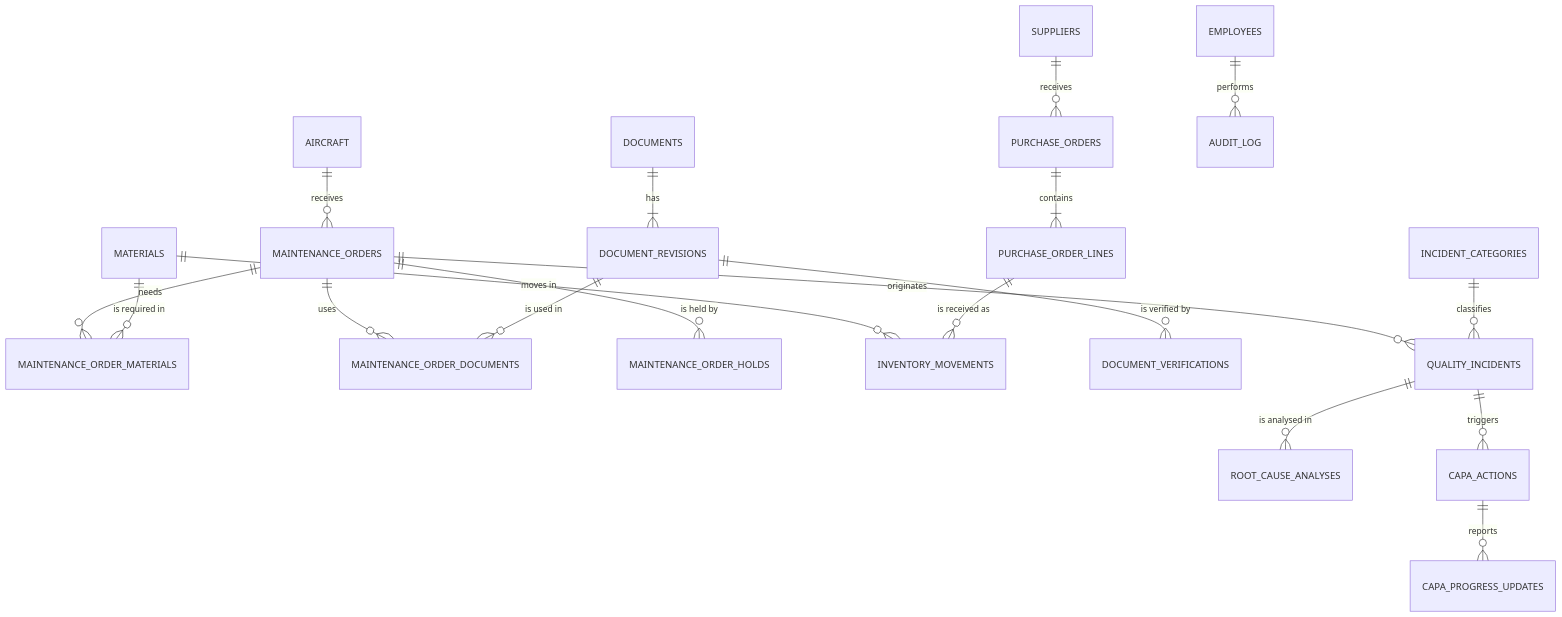
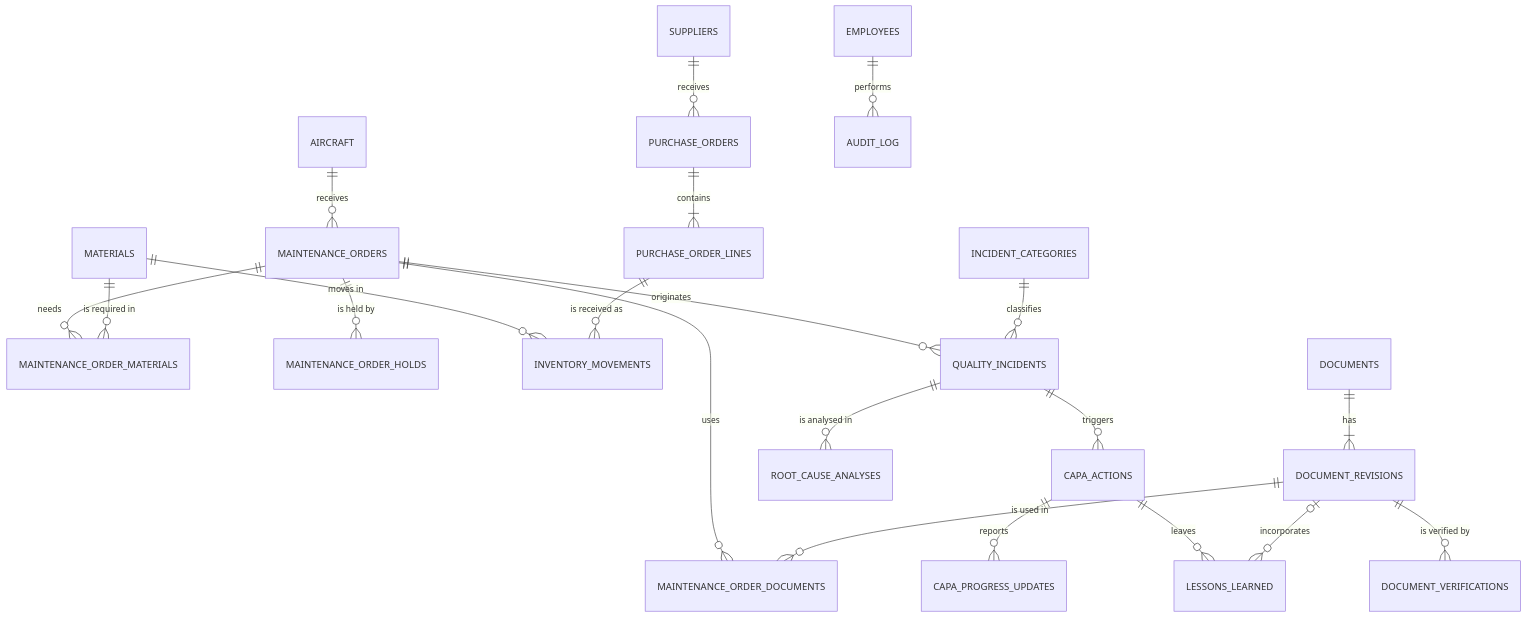
Before and after one commit to DeLabFuente/aviation-quality-maintenance-intelligence: the second of 3 diagrams in README.md, drawn with Mermaid. The commit also changed other lines of this file and 11 other files, not shown here.

First line of the commit message:
Document the lessons-learned register and extend the case study

````diff
--- a/README.md
+++ b/README.md
@@ -109,21 +110,23 @@
 ```mermaid
 erDiagram
     AIRCRAFT ||--o{ MAINTENANCE_ORDERS : "receives"
     MAINTENANCE_ORDERS ||--o{ MAINTENANCE_ORDER_MATERIALS : "needs"
     MAINTENANCE_ORDERS ||--o{ MAINTENANCE_ORDER_DOCUMENTS : "uses"
     MAINTENANCE_ORDERS ||--o{ MAINTENANCE_ORDER_HOLDS : "is held by"
     MATERIALS ||--o{ MAINTENANCE_ORDER_MATERIALS : "is required in"
     MATERIALS ||--o{ INVENTORY_MOVEMENTS : "moves in"
     SUPPLIERS ||--o{ PURCHASE_ORDERS : "receives"
     PURCHASE_ORDERS ||--|{ PURCHASE_ORDER_LINES : "contains"
     PURCHASE_ORDER_LINES ||--o{ INVENTORY_MOVEMENTS : "is received as"
     DOCUMENTS ||--|{ DOCUMENT_REVISIONS : "has"
     DOCUMENT_REVISIONS ||--o{ DOCUMENT_VERIFICATIONS : "is verified by"
     DOCUMENT_REVISIONS ||--o{ MAINTENANCE_ORDER_DOCUMENTS : "is used in"
     MAINTENANCE_ORDERS ||--o{ QUALITY_INCIDENTS : "originates"
     INCIDENT_CATEGORIES ||--o{ QUALITY_INCIDENTS : "classifies"
     QUALITY_INCIDENTS ||--o{ ROOT_CAUSE_ANALYSES : "is analysed in"
     QUALITY_INCIDENTS ||--o{ CAPA_ACTIONS : "triggers"
     CAPA_ACTIONS ||--o{ CAPA_PROGRESS_UPDATES : "reports"
+    CAPA_ACTIONS ||--o{ LESSONS_LEARNED : "leaves"
+    DOCUMENT_REVISIONS |o--o{ LESSONS_LEARNED : "incorporates"
     EMPLOYEES ||--o{ AUDIT_LOG : "performs"
 ```
````
